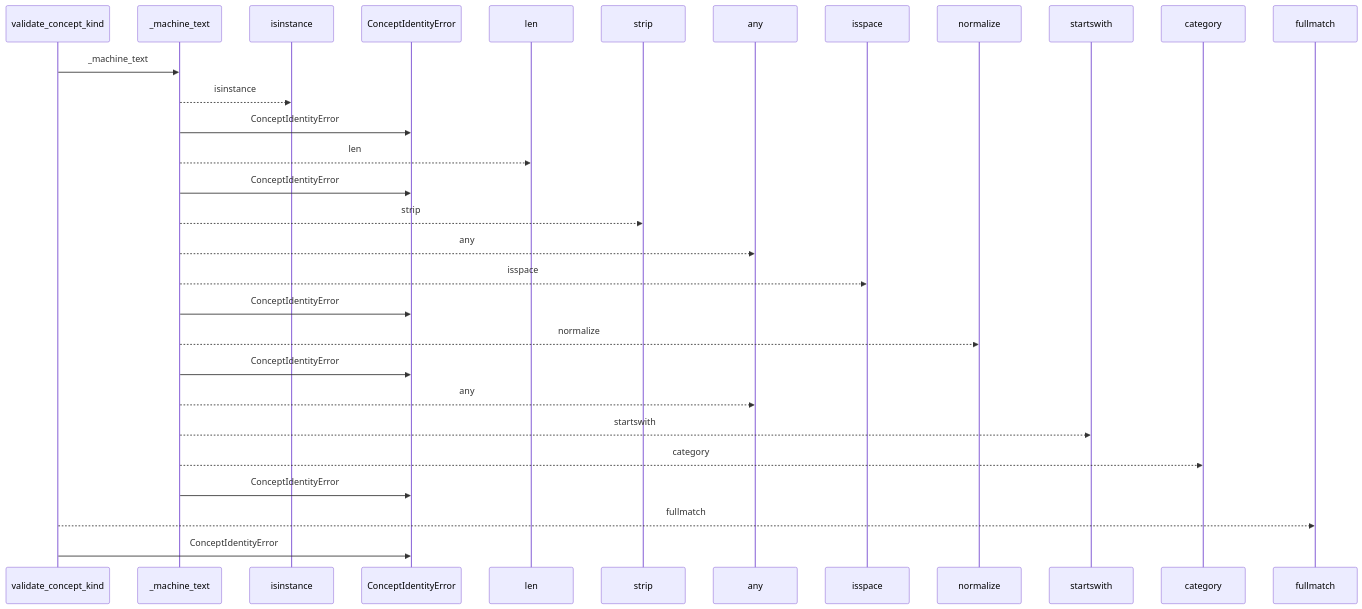
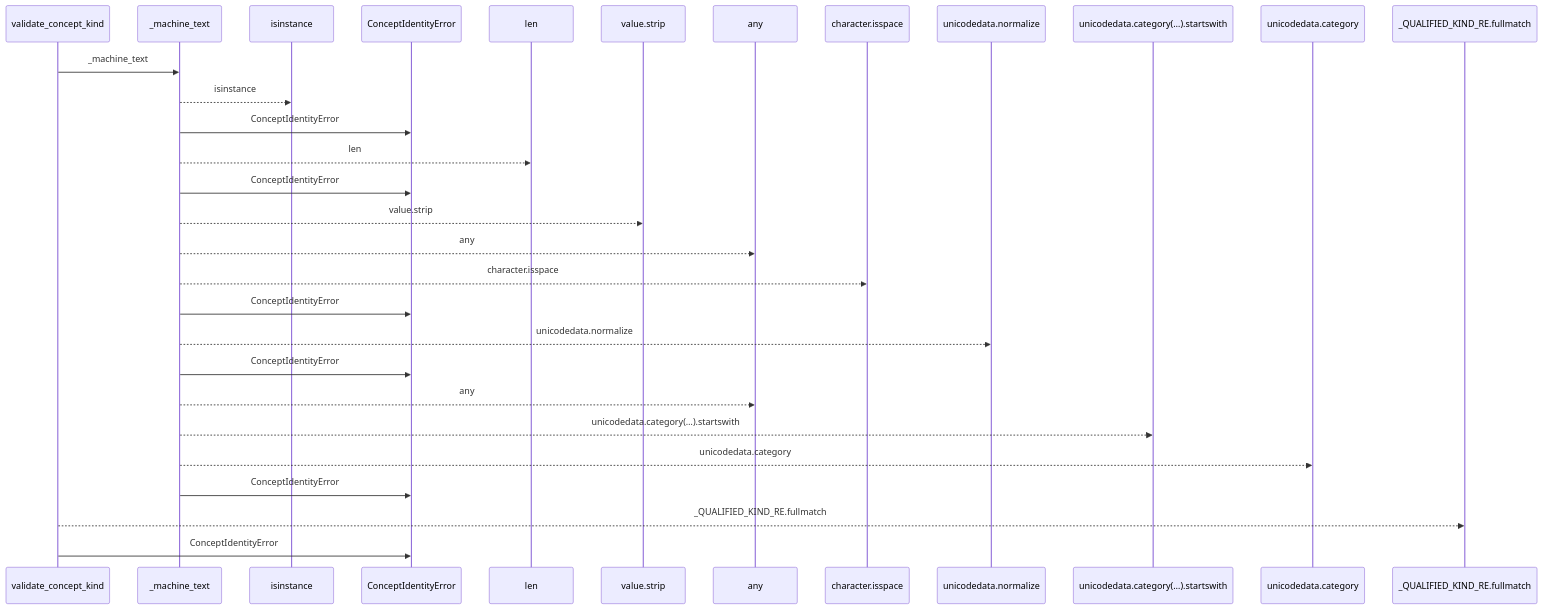
One commit to Denissvgn/python-wiki-llm changed the first of 2 diagrams in docs/llm_wiki/flows/api-validate_concept_kind.md. Above: the diagram before and after it, drawn with Mermaid. The commit also changed other lines of this file and 719 other files, not shown here.

````diff
--- a/docs/llm_wiki/flows/api-validate_concept_kind.md
+++ b/docs/llm_wiki/flows/api-validate_concept_kind.md
@@ -10,32 +10,32 @@
 ```mermaid
 sequenceDiagram
     participant p0 as validate_concept_kind
     participant p1 as _machine_text
     participant p2 as isinstance
     participant p3 as ConceptIdentityError
     participant p4 as len
-    participant p5 as strip
+    participant p5 as value.strip
     participant p6 as any
-    participant p7 as isspace
-    participant p8 as normalize
-    participant p9 as startswith
-    participant p10 as category
-    participant p11 as fullmatch
+    participant p7 as character.isspace
+    participant p8 as unicodedata.normalize
+    participant p9 as unicodedata.category(…).startswith
+    participant p10 as unicodedata.category
+    participant p11 as _QUALIFIED_KIND_RE.fullmatch
     p0->>p1: _machine_text
     p1-->>p2: isinstance
     p1->>p3: ConceptIdentityError
     p1-->>p4: len
     p1->>p3: ConceptIdentityError
-    p1-->>p5: strip
+    p1-->>p5: value.strip
     p1-->>p6: any
-    p1-->>p7: isspace
+    p1-->>p7: character.isspace
     p1->>p3: ConceptIdentityError
-    p1-->>p8: normalize
+    p1-->>p8: unicodedata.normalize
     p1->>p3: ConceptIdentityError
     p1-->>p6: any
-    p1-->>p9: startswith
-    p1-->>p10: category
+    p1-->>p9: unicodedata.category(…).startswith
+    p1-->>p10: unicodedata.category
     p1->>p3: ConceptIdentityError
-    p0-->>p11: fullmatch
+    p0-->>p11: _QUALIFIED_KIND_RE.fullmatch
     p0->>p3: ConceptIdentityError
 ```
````
